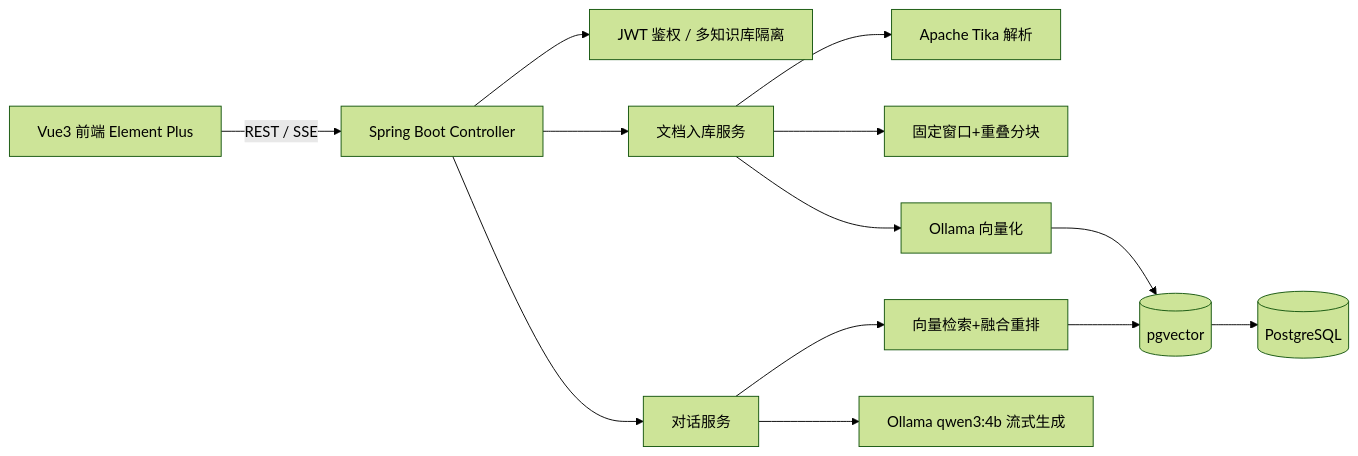
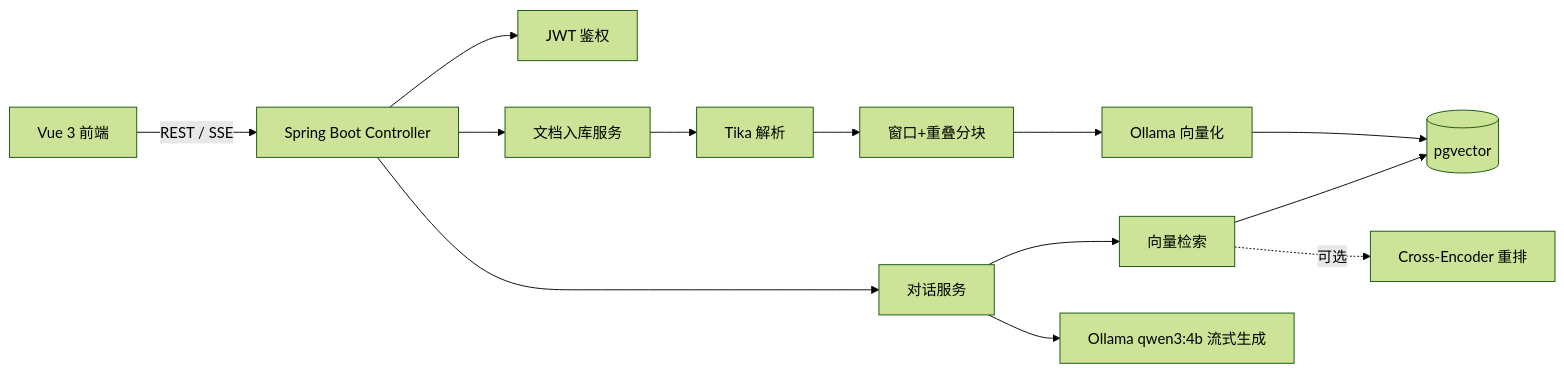
Before and after one commit to 1018734302/EntRAG: the diagram in README.md, drawn with Mermaid (forest theme). The commit also changed other lines of this file and 2 other files, not shown here.

````diff
--- a/README.md
+++ b/README.md
@@ -9,15 +7,15 @@
 ```mermaid
 flowchart LR
-    U[Vue3 前端 Element Plus] -->|REST / SSE| C[Spring Boot Controller]
-    C --> AUTH[JWT 鉴权 / 多知识库隔离]
+    U[Vue 3 前端] -->|REST / SSE| C[Spring Boot Controller]
+    C --> AUTH[JWT 鉴权]
     C --> DOC[文档入库服务]
     C --> CHAT[对话服务]
-    DOC --> TIKA[Apache Tika 解析]
-    DOC --> CHUNK[固定窗口+重叠分块]
-    DOC --> EMB[Ollama 向量化]
+    DOC --> TIKA[Tika 解析]
+    TIKA --> CHUNK[窗口+重叠分块]
+    CHUNK --> EMB[Ollama 向量化]
     EMB --> VS[(pgvector)]
-    CHAT --> RET[向量检索+融合重排]
+    CHAT --> RET[向量检索]
     RET --> VS
+    RET -.可选.-> RR[Cross-Encoder 重排]
     CHAT --> LLM[Ollama qwen3:4b 流式生成]
-    VS --> PG[(PostgreSQL)]
 ```
````
